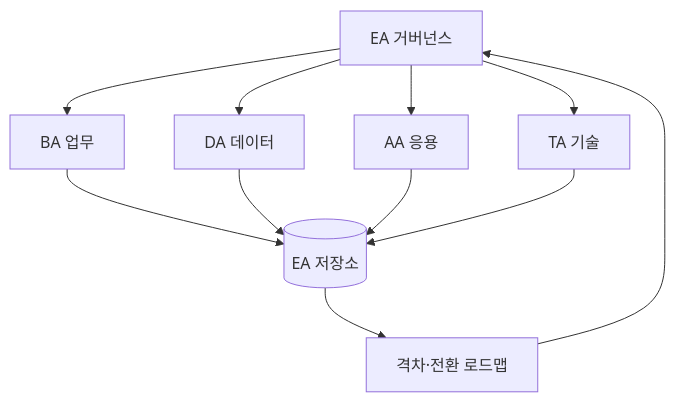
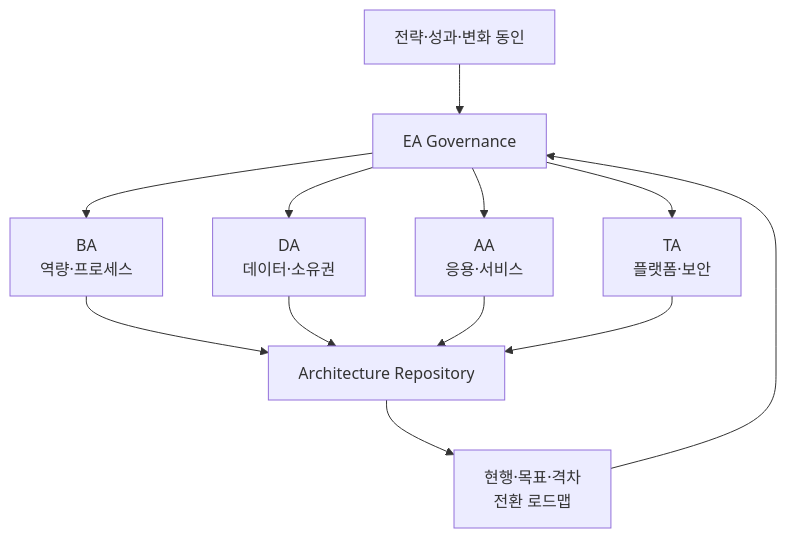
Before and after one commit to agnusdei1207/knowledge-base: the first of 2 diagrams in src/content/docs/notes/03-software/189_enterprise_architecture.md, drawn with Mermaid. The commit also changed other lines of this file and 12 other files, not shown here.

````diff
--- a/src/content/docs/notes/03-software/189_enterprise_architecture.md
+++ b/src/content/docs/notes/03-software/189_enterprise_architecture.md
@@ -51,13 +57,14 @@
 ```mermaid
 flowchart TD
-    G[EA 거버넌스] --> B[BA 업무]
-    G --> D[DA 데이터]
-    G --> A[AA 응용]
-    G --> T[TA 기술]
-    B --> R[(EA 저장소)]
+    S["전략·성과·변화 동인"] --> G["EA Governance"]
+    G --> B["BA<br/>역량·프로세스"]
+    G --> D["DA<br/>데이터·소유권"]
+    G --> A["AA<br/>응용·서비스"]
+    G --> T["TA<br/>플랫폼·보안"]
+    B --> R["Architecture Repository"]
     D --> R
     A --> R
     T --> R
-    R --> M[격차·전환 로드맵]
+    R --> M["현행·목표·격차<br/>전환 로드맵"]
     M --> G
 ```
````
